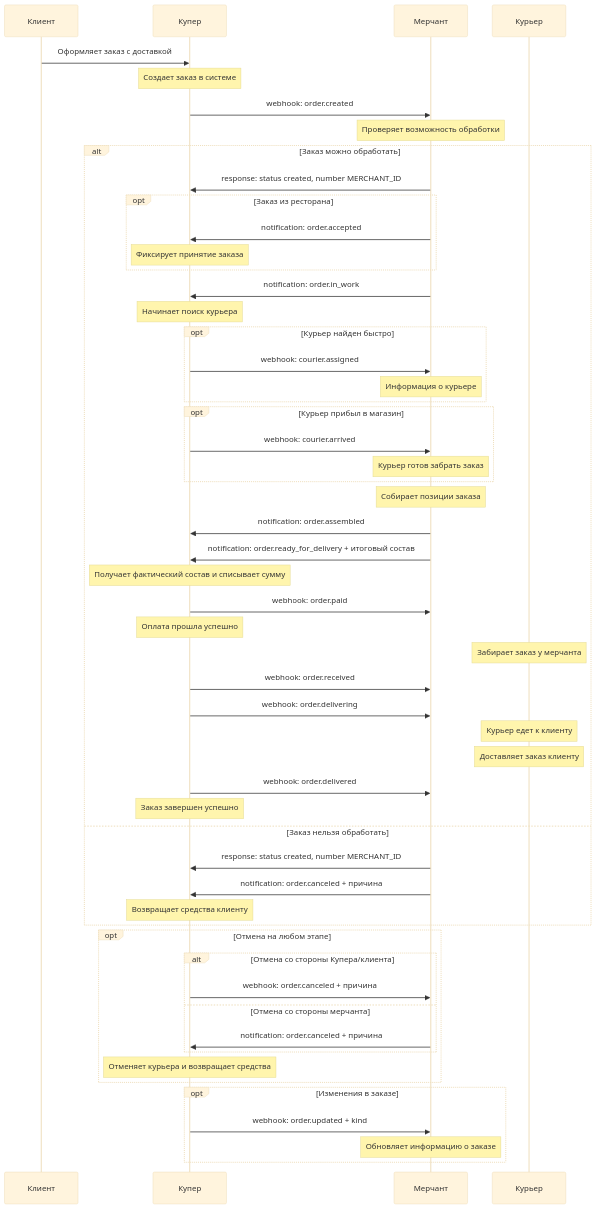
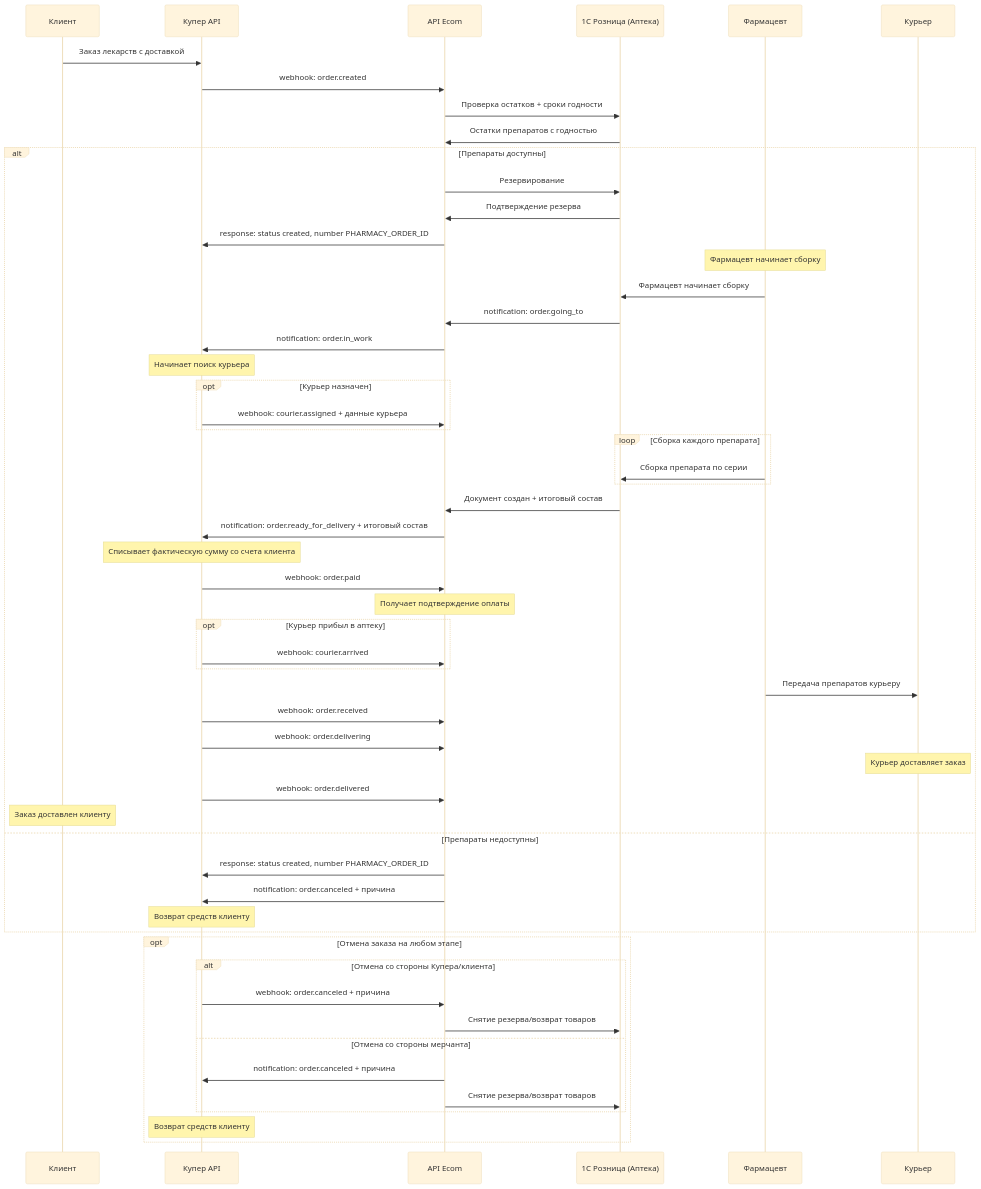
One commit to benbut/kuper changed the first of 2 diagrams in assets/kuper-delivery-integration.md. Above: the diagram before and after it, drawn with Mermaid (base theme). The commit also changed other lines of this file, not shown here.

````diff
--- a/assets/kuper-delivery-integration.md
+++ b/assets/kuper-delivery-integration.md
@@ -75,73 +15,76 @@
 ```mermaid
 sequenceDiagram
     participant Client as Клиент
-    participant Kuper as Купер
-    participant Merchant as Мерчант
+    participant Kuper as Купер API
+    participant PharmAPI as API Ecom
+    participant OneS as 1С Розница (Аптека)
+    participant Pharmacist as Фармацевт
     participant Courier as Курьер
     
-    Client->>Kuper: Оформляет заказ с доставкой
-    Note over Kuper: Создает заказ в системе
+    Client->>Kuper: Заказ лекарств с доставкой
     
-    Kuper->>Merchant: webhook: order.created
-    Note over Merchant: Проверяет возможность обработки
+    Kuper->>PharmAPI: webhook: order.created
     
-    alt Заказ можно обработать
-        Merchant->>Kuper: response: status created, number MERCHANT_ID
+    %% Проверка препаратов
+    PharmAPI->>OneS: Проверка остатков + сроки годности
+    OneS->>PharmAPI: Остатки препаратов с годностью
+    
+    alt Препараты доступны
+        PharmAPI->>OneS: Резервирование
+        OneS->>PharmAPI: Подтверждение резерва
+        PharmAPI->>Kuper: response: status created, number PHARMACY_ORDER_ID
         
-        opt Заказ из ресторана
-            Merchant->>Kuper: notification: order.accepted
-            Note over Kuper: Фиксирует принятие заказа
+        Note over Pharmacist: Фармацевт начинает сборку
+        Pharmacist->>OneS: Фармацевт начинает сборку
+        OneS->>PharmAPI: notification: order.going_to
+        PharmAPI->>Kuper: notification: order.in_work
+        Note over Kuper: Начинает поиск курьера
+        
+        opt Курьер назначен
+            Kuper->>PharmAPI: webhook: courier.assigned + данные курьера
         end
         
-        Merchant->>Kuper: notification: order.in_work
-        Note over Kuper: Начинает поиск курьера
-        
-        opt Курьер найден быстро
-            Kuper->>Merchant: webhook: courier.assigned
-            Note over Merchant: Информация о курьере
+        %% Сборка препаратов
+        loop Сборка каждого препарата
+            Pharmacist->>OneS: Сборка препарата по серии
         end
         
-        opt Курьер прибыл в магазин
-            Kuper->>Merchant: webhook: courier.arrived
-            Note over Merchant: Курьер готов забрать заказ
+        OneS->>PharmAPI: Документ создан + итоговый состав
+        PharmAPI->>Kuper: notification: order.ready_for_delivery + итоговый состав
+        
+        Note over Kuper: Списывает фактическую сумму со счета клиента
+        
+        Kuper->>PharmAPI: webhook: order.paid
+        Note over PharmAPI: Получает подтверждение оплаты
+
+        opt Курьер прибыл в аптеку
+            Kuper->>PharmAPI: webhook: courier.arrived
         end
         
-        Note over Merchant: Собирает позиции заказа
-        Merchant->>Kuper: notification: order.assembled
+        %% Передача курьеру
+        Pharmacist->>Courier: Передача препаратов курьеру
+        Kuper->>PharmAPI: webhook: order.received
         
-        Merchant->>Kuper: notification: order.ready_for_delivery + итоговый состав
-        Note over Kuper: Получает фактический состав и списывает сумму
+        Kuper->>PharmAPI: webhook: order.delivering
+        Note over Courier: Курьер доставляет заказ
         
-        Kuper->>Merchant: webhook: order.paid
-        Note over Kuper: Оплата прошла успешно
+        Kuper->>PharmAPI: webhook: order.delivered
+        Note over Client: Заказ доставлен клиенту
         
-        Note over Courier: Забирает заказ у мерчанта
-        Kuper->>Merchant: webhook: order.received
-        
-        Kuper->>Merchant: webhook: order.delivering
-        Note over Courier: Курьер едет к клиенту
-        
-        Note over Courier: Доставляет заказ клиенту
-        Kuper->>Merchant: webhook: order.delivered
-        Note over Kuper: Заказ завершен успешно
-        
-    else Заказ нельзя обработать
-        Merchant->>Kuper: response: status created, number MERCHANT_ID
-        Merchant->>Kuper: notification: order.canceled + причина
-        Note over Kuper: Возвращает средства клиенту
+    else Препараты недоступны
+        PharmAPI->>Kuper: response: status created, number PHARMACY_ORDER_ID
+        PharmAPI->>Kuper: notification: order.canceled + причина
+        Note over Kuper: Возврат средств клиенту
     end
     
-    opt Отмена на любом этапе
+    opt Отмена заказа на любом этапе
         alt Отмена со стороны Купера/клиента
-            Kuper->>Merchant: webhook: order.canceled + причина
+            Kuper->>PharmAPI: webhook: order.canceled + причина
+            PharmAPI->>OneS: Снятие резерва/возврат товаров
         else Отмена со стороны мерчанта
-            Merchant->>Kuper: notification: order.canceled + причина
+            PharmAPI->>Kuper: notification: order.canceled + причина
+            PharmAPI->>OneS: Снятие резерва/возврат товаров
         end
-        Note over Kuper: Отменяет курьера и возвращает средства
-    end
-    
-    opt Изменения в заказе
-        Kuper->>Merchant: webhook: order.updated + kind
-        Note over Merchant: Обновляет информацию о заказе
+        Note over Kuper: Возврат средств клиенту
     end
 ```
````
